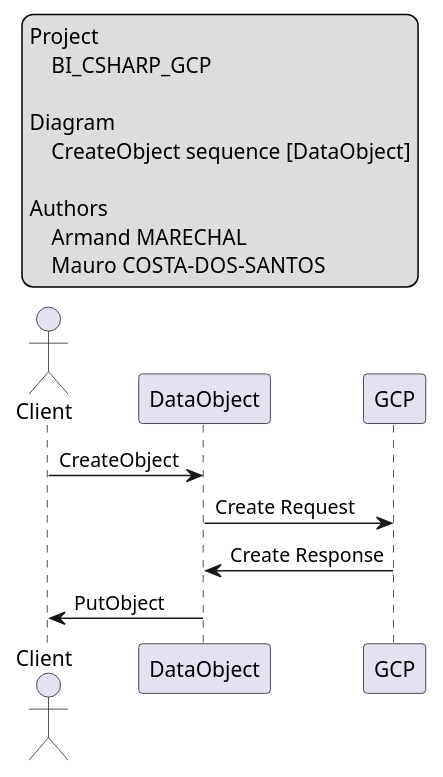
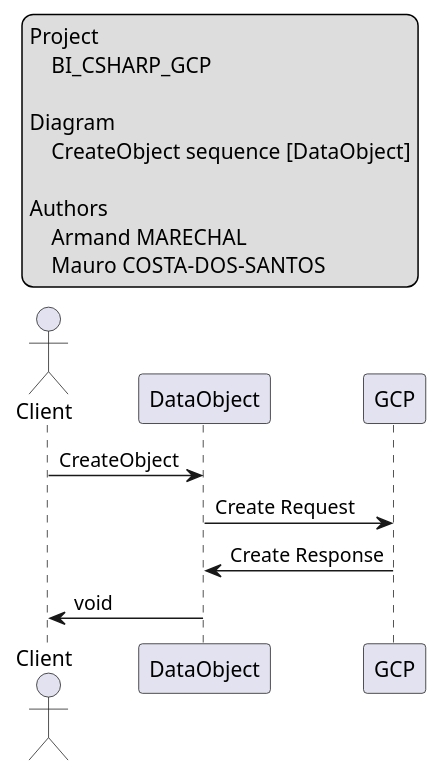
Before and after one commit to CPNV-ES-BI/BI_CSHARP_GCP: the diagram in doc/sequences/create.puml, drawn with PlantUML. The commit also changed 4 other files, not shown here.

Commit message:
Update diagram

```diff
--- a/doc/sequences/create.puml
+++ b/doc/sequences/create.puml
@@ -1,25 +1,25 @@
 @startuml CreateObject
 
 legend top left
     Project
         BI_CSHARP_GCP
 
     Diagram
         CreateObject sequence [DataObject]
 
     Authors
         Armand MARECHAL
         Mauro COSTA-DOS-SANTOS 
 endlegend
 
 actor Client
 
 participant "DataObject" as App
 participant "GCP" as GCP
 
 Client -> App: CreateObject
 App -> GCP: Create Request
 GCP -> App: Create Response
-App -> Client: PutObject
+App -> Client: void
 
 @enduml
```
